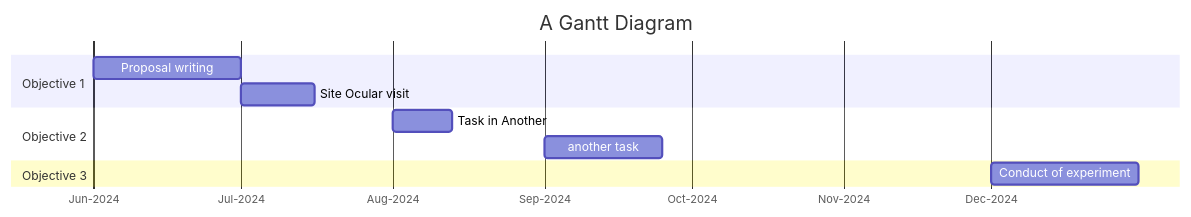
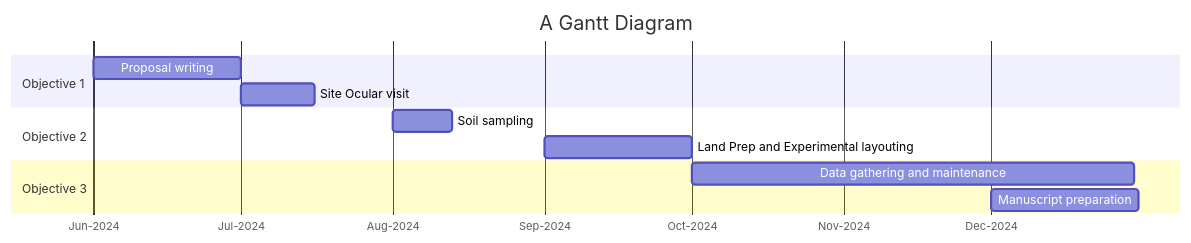
The diagram in append.qmd (ldvillasica/manus-template-sharing), drawn with Mermaid before and after one commit. The commit also changed 7 other files, not shown here.

````diff
--- a/append.qmd
+++ b/append.qmd
@@ -13,17 +13,18 @@
 ```{mermaid}
 %%| label: fig-workplan
 %%| fig-cap: "Work plan for the implementation of the research"
 
 gantt
     title A Gantt Diagram
     dateFormat MMMM
     axisFormat %b-%Y
     section Objective 1
         Proposal writing          :June, 30d
         Site Ocular visit         :July, 15d
     section Objective 2
-        Task in Another :August, 12d
-        another task    :September, 24d
+        Soil sampling :August, 12d
+        Land Prep and Experimental layouting    :September, 30d
     section Objective 3
-        Conduct of experiment :December, 30d
+        Data gathering and maintenance :October, 90d
+        Manuscript preparation  :December, 30d
 ```
````
